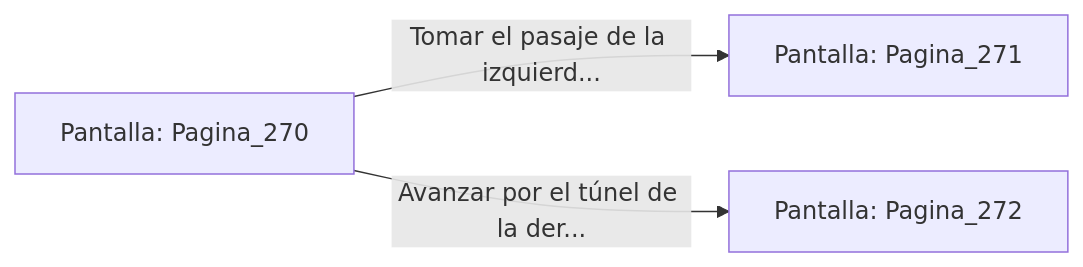
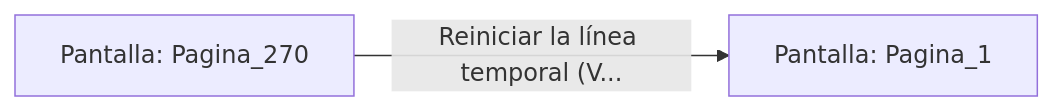
One commit to metsuke/mpl changed the diagram in sample/eligejuego-vault/Pantalla_Pagina_270.md. Above: the diagram before and after it, drawn with Mermaid. The commit also changed other lines of this file and 635 other files, not shown here.

First line of the commit message:
fix: añadir Pagina_1 como pantalla inicial en capitulo_01.mpl

````diff
--- a/sample/eligejuego-vault/Pantalla_Pagina_270.md
+++ b/sample/eligejuego-vault/Pantalla_Pagina_270.md
@@ -20,6 +17,5 @@
 ```mermaid
 graph LR
     P_Pagina_270["Pantalla: Pagina_270"]
-    P_Pagina_270 -->|"Tomar el pasaje de la izquierd..."| P_Pagina_271["Pantalla: Pagina_271"]
-    P_Pagina_270 -->|"Avanzar por el túnel de la der..."| P_Pagina_272["Pantalla: Pagina_272"]
+    P_Pagina_270 -->|"Reiniciar la línea temporal (V..."| P_Pagina_1["Pantalla: Pagina_1"]
 ```
````
